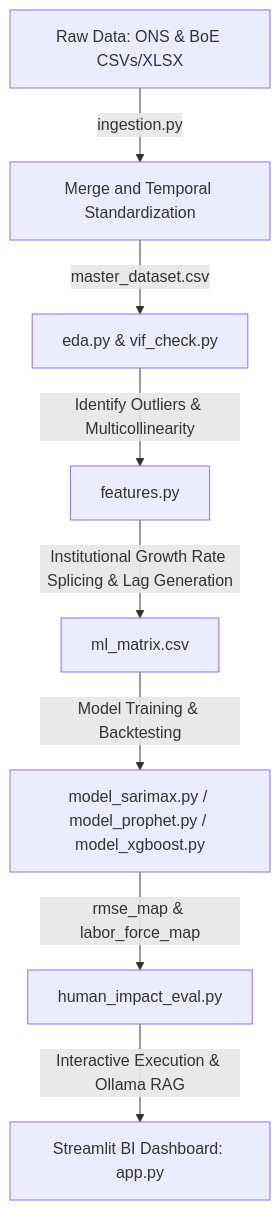
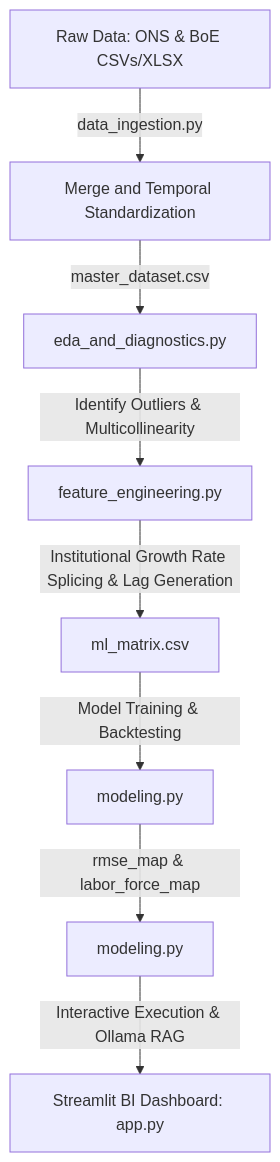
The diagram in README.md (LoRdElectrod/Youth_Unemployement_Forecaster_Dissertation_MSc_Data_Science), drawn with Mermaid before and after one commit. The commit also changed other lines of this file and 21 other files, not shown here.

````diff
--- a/README.md
+++ b/README.md
@@ -35,10 +35,10 @@
 ```mermaid
 graph TD
-    A[Raw Data: ONS & BoE CSVs/XLSX] -->|ingestion.py| B[Merge and Temporal Standardization]
-    B -->|master_dataset.csv| C[eda.py & vif_check.py]
-    C -->|Identify Outliers & Multicollinearity| D[features.py]
+    A[Raw Data: ONS & BoE CSVs/XLSX] -->|data_ingestion.py| B[Merge and Temporal Standardization]
+    B -->|master_dataset.csv| C[eda_and_diagnostics.py]
+    C -->|Identify Outliers & Multicollinearity| D[feature_engineering.py]
     D -->|Institutional Growth Rate Splicing & Lag Generation| E[ml_matrix.csv]
-    E -->|Model Training & Backtesting| F[model_sarimax.py / model_prophet.py / model_xgboost.py]
-    F -->|rmse_map & labor_force_map| G[human_impact_eval.py]
+    E -->|Model Training & Backtesting| F[modeling.py]
+    F -->|rmse_map & labor_force_map| G[modeling.py]
     G -->|Interactive Execution & Ollama RAG| H[Streamlit BI Dashboard: app.py]
 ```
````
